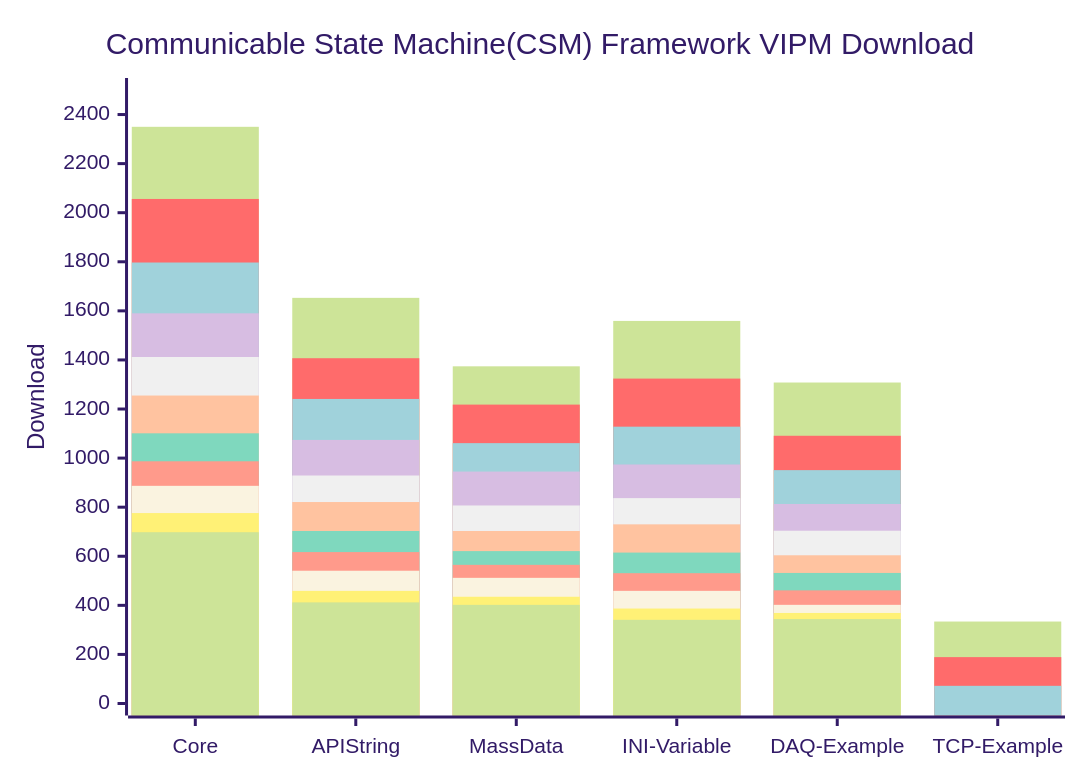
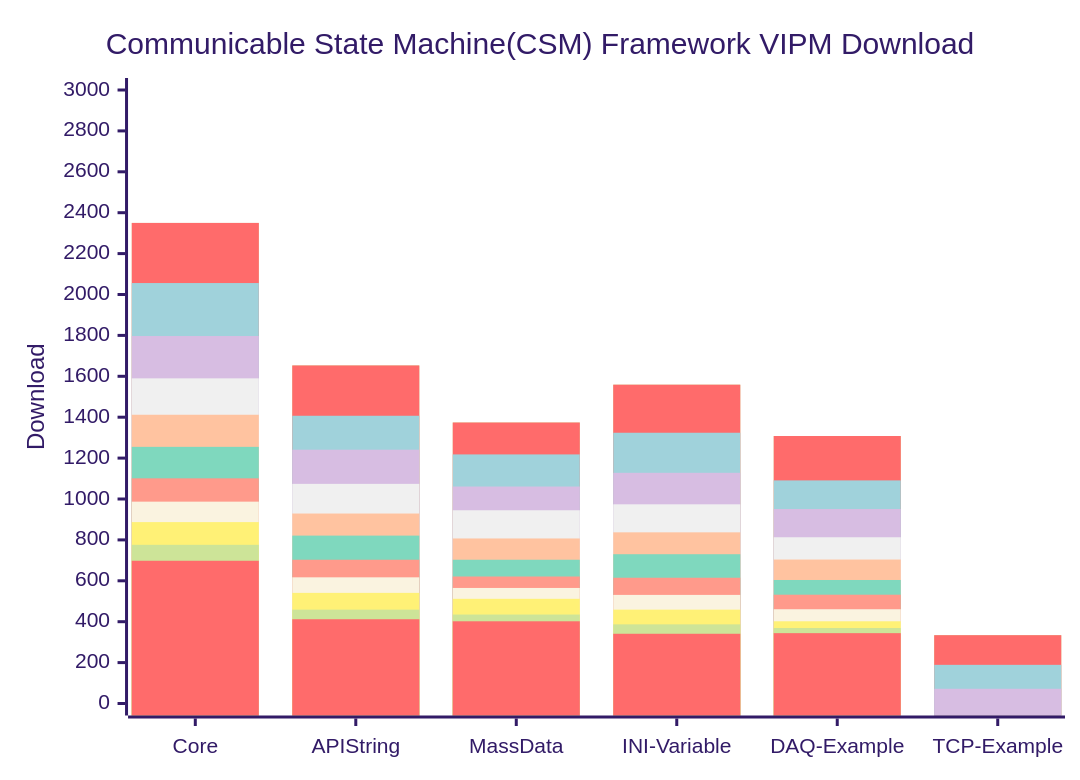
One commit to NEVSTOP-LAB/.github changed the diagram in profile/README.md. Above: the diagram before and after it, drawn with Mermaid (forest theme).

````diff
--- a/profile/README.md
+++ b/profile/README.md
@@ -31,17 +31,18 @@
 ```mermaid
     xychart-beta
     title "Communicable State Machine(CSM) Framework VIPM Download"
     x-axis [Core, API String, MassData, INI-Variable, DAQ-Example, TCP-Example]
-    y-axis "Download" 0 --> 2500
+    y-axis "Download" 0 --> 3000
+    bar   [2350, 1653, 1374, 1559, 1308, 334]
     bar   [2350, 1653, 1374, 1559, 1308, 334]
     bar   [2056, 1407, 1218, 1324, 1091, 189]
     bar   [1797, 1241, 1061, 1128, 951, 72]
     bar   [1590, 1074, 945, 974, 813]
     bar   [1412, 929, 807, 837, 704]
     bar   [1255, 821, 703, 730, 604]
     bar   [1101, 703, 621, 615, 532]
     bar   [987, 617, 565, 531, 461]
     bar   [887, 541, 512, 459, 402]
     bar   [776, 459, 435, 387, 369]
     bar   [698, 412, 402, 341, 344]
 ```
````
